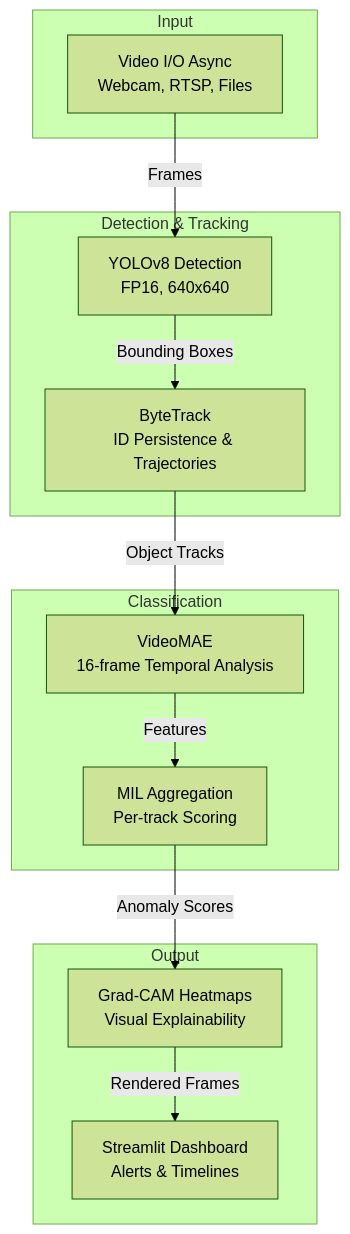
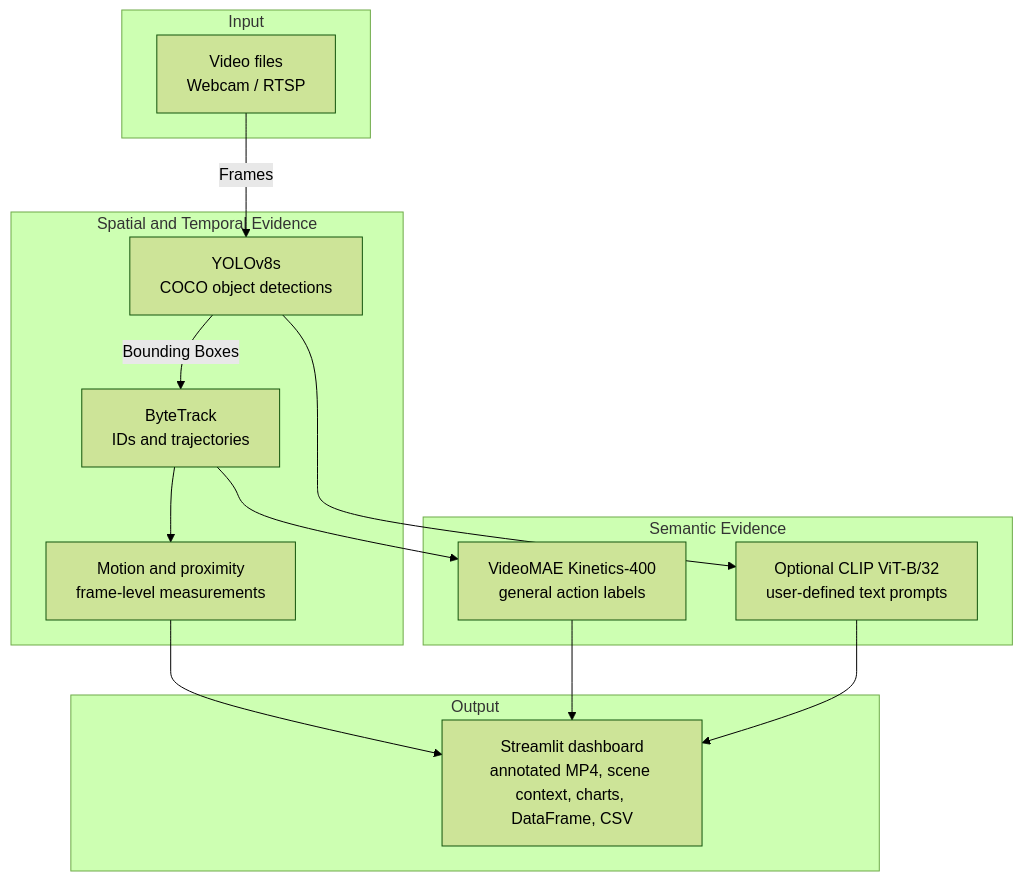
One commit to achaithana35-alt/NEMESIS-X changed the diagram in README.md. Above: the diagram before and after it, drawn with Mermaid (forest theme). The commit also changed other lines of this file and 10 other files, not shown here.

Commit message:
Add annotated video analysis dashboard

````diff
--- a/README.md
+++ b/README.md
@@ -21,28 +19,30 @@
 ```mermaid
 graph TD
     subgraph Input
-        A[Video I/O Async<br/>Webcam, RTSP, Files]
+        A[Video files<br/>Webcam / RTSP]
     end
 
-    subgraph Detection & Tracking
-        B[YOLOv8 Detection<br/>FP16, 640x640]
-        C[ByteTrack<br/>ID Persistence & Trajectories]
+    subgraph Spatial and Temporal Evidence
+        B[YOLOv8s<br/>COCO object detections]
+        C[ByteTrack<br/>IDs and trajectories]
+        D[Motion and proximity<br/>frame-level measurements]
     end
 
-    subgraph Classification
-        D[VideoMAE<br/>16-frame Temporal Analysis]
-        E[MIL Aggregation<br/>Per-track Scoring]
+    subgraph Semantic Evidence
+        E[VideoMAE Kinetics-400<br/>general action labels]
+        F[Optional CLIP ViT-B/32<br/>user-defined text prompts]
     end
 
     subgraph Output
-        F[Grad-CAM Heatmaps<br/>Visual Explainability]
-        G[Streamlit Dashboard<br/>Alerts & Timelines]
+        G[Streamlit dashboard<br/>annotated MP4, scene context, charts, DataFrame, CSV]
     end
 
     A -->|Frames| B
     B -->|Bounding Boxes| C
-    C -->|Object Tracks| D
-    D -->|Features| E
-    E -->|Anomaly Scores| F
-    F -->|Rendered Frames| G
+    C --> D
+    C --> E
+    B --> F
+    D --> G
+    E --> G
+    F --> G
 ```
````
